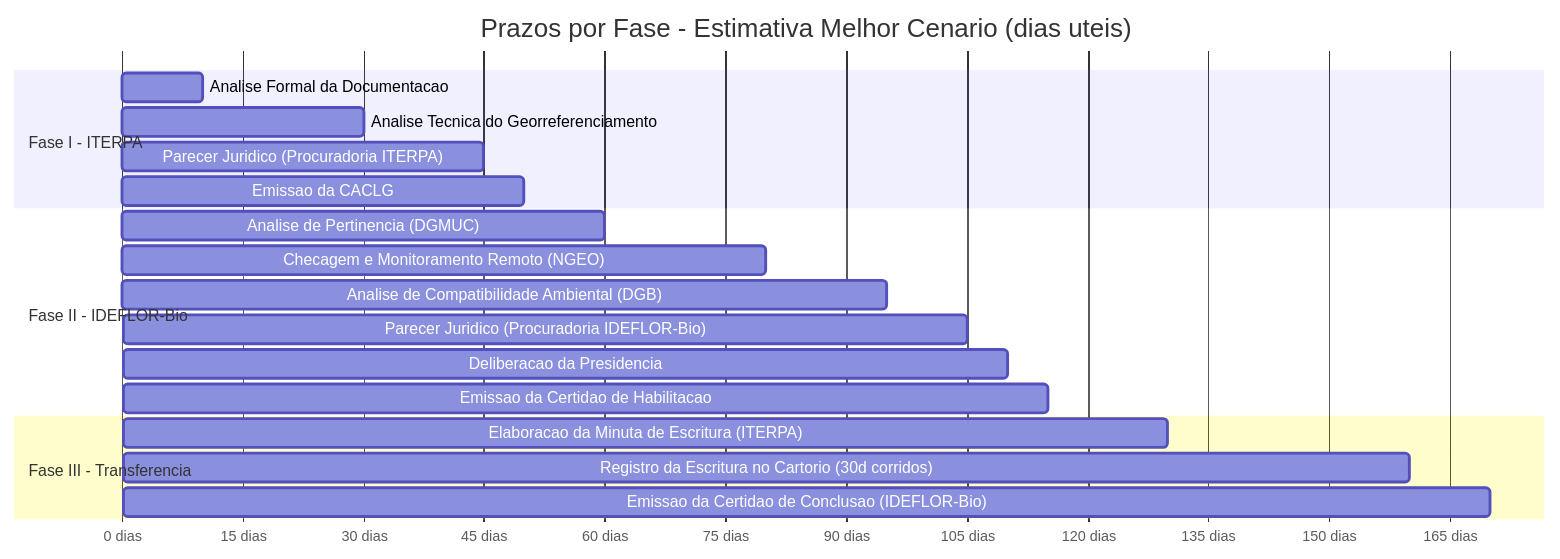
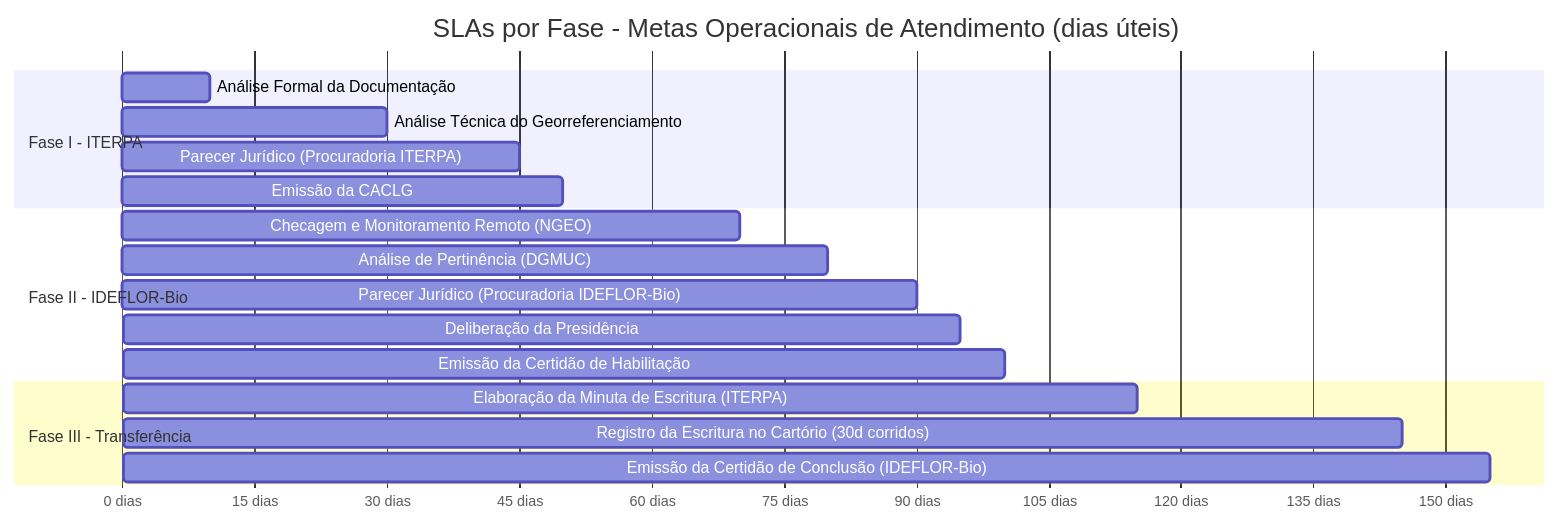
The diagram in docs/07-prazos/imagens/01-gantt-prazos.mmd (NGEO-IDEFLOR-Bio/certFundiaria-uces-pa), drawn with Mermaid before and after one commit. The commit also changed 31 other files, not shown here.

Commit message:
docs: atualiza especificacoes de planejamento e diagramas com a IN Conjunta oficial 2026

```diff
--- a/docs/07-prazos/imagens/01-gantt-prazos.mmd
+++ b/docs/07-prazos/imagens/01-gantt-prazos.mmd
@@ -1,23 +1,22 @@
 gantt
-    title Prazos por Fase - Estimativa Melhor Cenario (dias uteis)
+    title SLAs por Fase - Metas Operacionais de Atendimento (dias úteis)
     dateFormat  X
     axisFormat  %s dias
 
     section Fase I - ITERPA
-    Analise Formal da Documentacao       :f1a, 0, 10
-    Analise Tecnica do Georreferenciamento :f1b, 10, 30
-    Parecer Juridico (Procuradoria ITERPA) :f1c, 30, 45
-    Emissao da CACLG                      :f1d, 45, 50
+    Análise Formal da Documentação       :f1a, 0, 10
+    Análise Técnica do Georreferenciamento :f1b, 10, 30
+    Parecer Jurídico (Procuradoria ITERPA) :f1c, 30, 45
+    Emissão da CACLG                      :f1d, 45, 50
 
     section Fase II - IDEFLOR-Bio
-    Analise de Pertinencia (DGMUC)                     :f2a, 50, 60
-    Checagem e Monitoramento Remoto (NGEO)             :f2b, 60, 80
-    Analise de Compatibilidade Ambiental (DGB)          :f2c, 80, 95
-    Parecer Juridico (Procuradoria IDEFLOR-Bio)         :f2d, 95, 105
-    Deliberacao da Presidencia                          :f2e, 105, 110
-    Emissao da Certidao de Habilitacao                 :f2f, 110, 115
+    Checagem e Monitoramento Remoto (NGEO)             :f2a, 50, 70
+    Análise de Pertinência (DGMUC)                     :f2b, 70, 80
+    Parecer Jurídico (Procuradoria IDEFLOR-Bio)         :f2c, 80, 90
+    Deliberação da Presidência                          :f2d, 90, 95
+    Emissão da Certidão de Habilitação                 :f2e, 95, 100
 
-    section Fase III - Transferencia
-    Elaboracao da Minuta de Escritura (ITERPA)          :f3a, 115, 130
-    Registro da Escritura no Cartorio (30d corridos)   :f3b, 130, 160
-    Emissao da Certidao de Conclusao (IDEFLOR-Bio)     :f3c, 160, 170
+    section Fase III - Transferência
+    Elaboração da Minuta de Escritura (ITERPA)          :f3a, 100, 115
+    Registro da Escritura no Cartório (30d corridos)   :f3b, 115, 145
+    Emissão da Certidão de Conclusão (IDEFLOR-Bio)     :f3c, 145, 155
```
